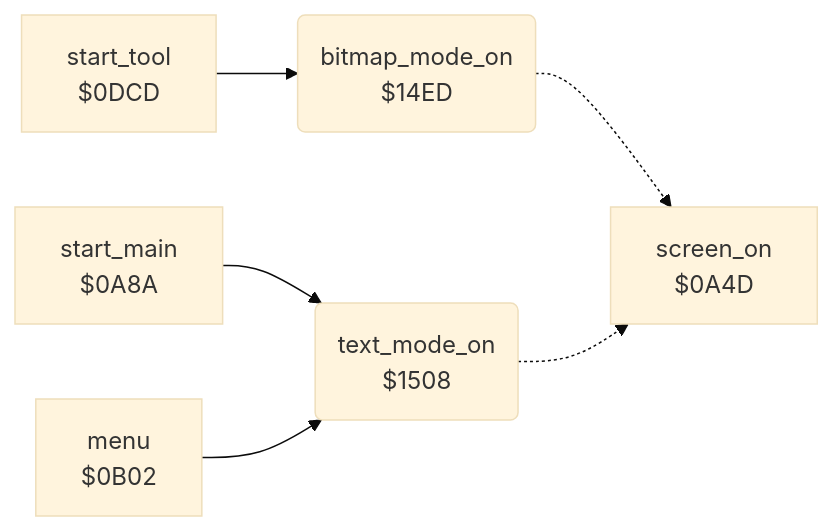
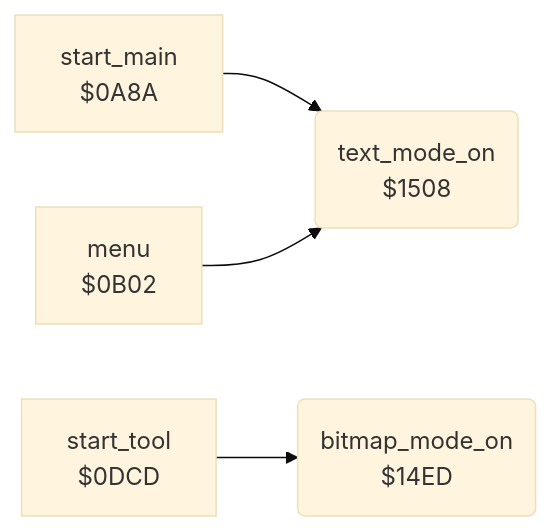
One commit to henols/c64_games changed the diagram in koala_painter/v1/docs/reference/modules/graphics/display_mode.md. Above: the diagram before and after it, drawn with Mermaid (base theme). The commit also changed other lines of this file and 1100 other files, not shown here.

````diff
--- a/koala_painter/v1/docs/reference/modules/graphics/display_mode.md
+++ b/koala_painter/v1/docs/reference/modules/graphics/display_mode.md
@@ -10,14 +17,11 @@
 ```mermaid
 flowchart LR
-  n0a4d["screen_on<br/>$0A4D"]
   n0a8a["start_main<br/>$0A8A"]
   n0b02["menu<br/>$0B02"]
   n0dcd["start_tool<br/>$0DCD"]
   n14ed("bitmap_mode_on<br/>$14ED")
   n1508("text_mode_on<br/>$1508")
   n0a8a --> n1508
   n0b02 --> n1508
   n0dcd --> n14ed
-  n14ed -.-> n0a4d
-  n1508 -.-> n0a4d
 ```
````
